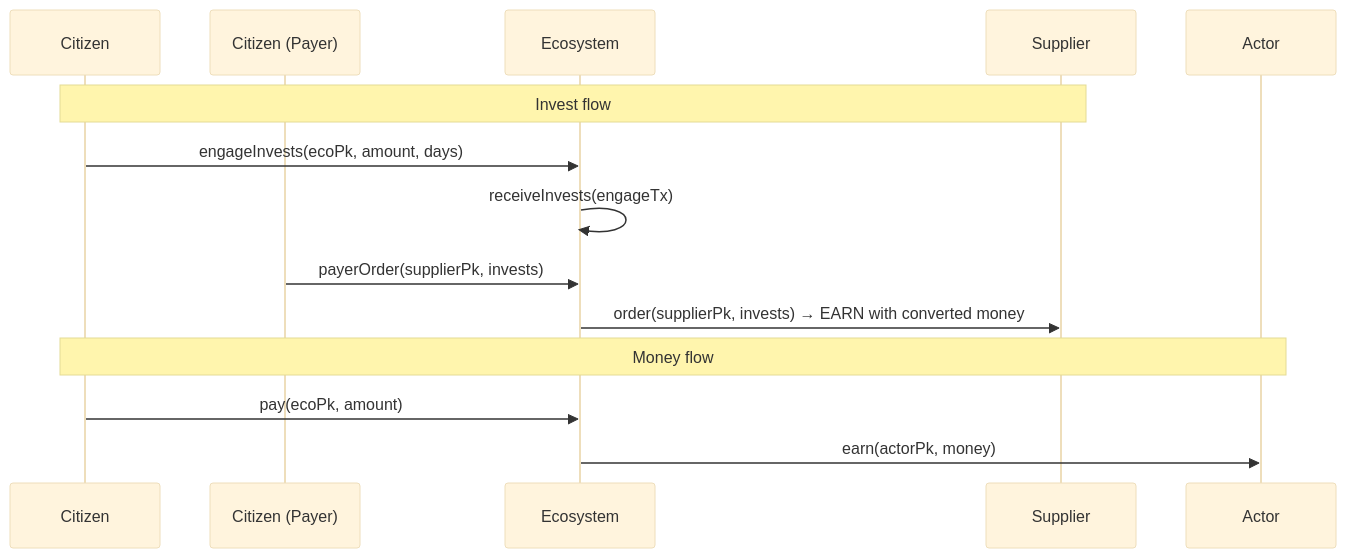
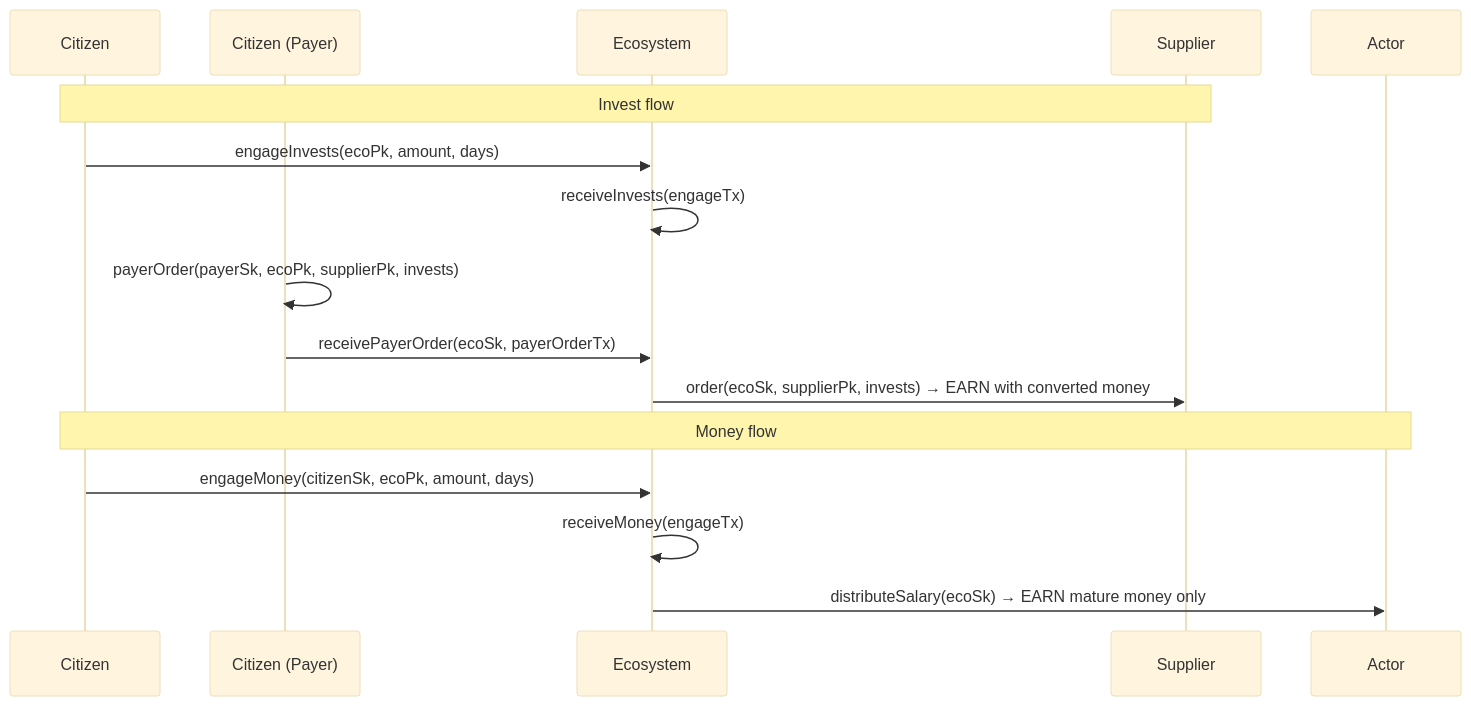
Before and after one commit to OrganicEconomy/organic-money.js: the third of 4 diagrams in README.md, drawn with Mermaid (base theme). The commit also changed other lines of this file and 2 other files, not shown here.

First line of the commit message:
Add receiveMoney and distributeSalary maturity filtering on EcosystemBlockchain

````diff
--- a/README.md
+++ b/README.md
@@ -158,18 +158,20 @@
 ```mermaid
 sequenceDiagram
     participant C as Citizen
     participant P as Citizen (Payer)
     participant Eco as Ecosystem
     participant Su as Supplier
     participant Ac as Actor
 
     Note over C,Su: Invest flow
     C->>Eco: engageInvests(ecoPk, amount, days)
     Eco->>Eco: receiveInvests(engageTx)
-    P->>Eco: payerOrder(supplierPk, invests)
-    Eco->>Su: order(supplierPk, invests) → EARN with converted money
+    P->>P: payerOrder(payerSk, ecoPk, supplierPk, invests)
+    P->>Eco: receivePayerOrder(ecoSk, payerOrderTx)
+    Eco->>Su: order(ecoSk, supplierPk, invests) → EARN with converted money
 
     Note over C,Ac: Money flow
-    C->>Eco: pay(ecoPk, amount)
-    Eco->>Ac: earn(actorPk, money)
+    C->>Eco: engageMoney(citizenSk, ecoPk, amount, days)
+    Eco->>Eco: receiveMoney(engageTx)
+    Eco->>Ac: distributeSalary(ecoSk) → EARN mature money only
 ```
````
